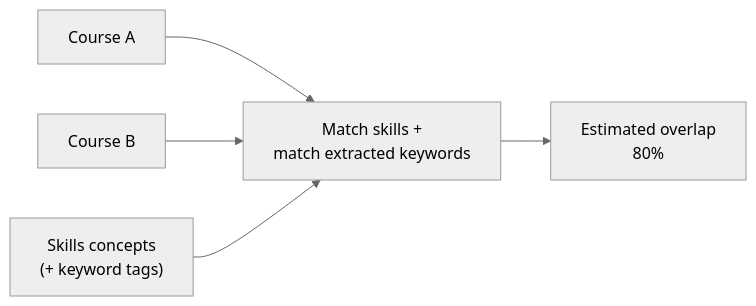
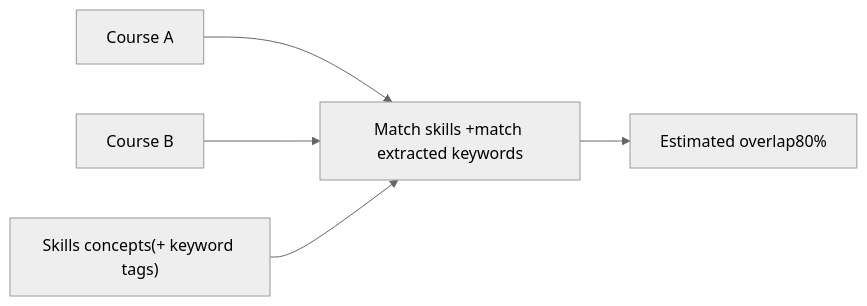
The eighth of 18 diagrams in reports/creditTransfer.md (leskneebone/skills-SPARQL), drawn with Mermaid (neutral theme) before and after one commit. The commit also changed other lines of this file, not shown here.

````diff
--- a/reports/creditTransfer.md
+++ b/reports/creditTransfer.md
@@ -83,7 +83,7 @@
 ```mermaid
 flowchart LR
-  A["Course A"] --> M["Match skills +\nmatch extracted keywords"]
+  A["Course A"] --> M["Match skills +match extracted keywords"]
   B["Course B"] --> M
-  S["Skills concepts\n(+ keyword tags)"] --> M
-  M --> O["Estimated overlap\n80%"]
+  S["Skills concepts(+ keyword tags)"] --> M
+  M --> O["Estimated overlap80%"]
 ```
````
